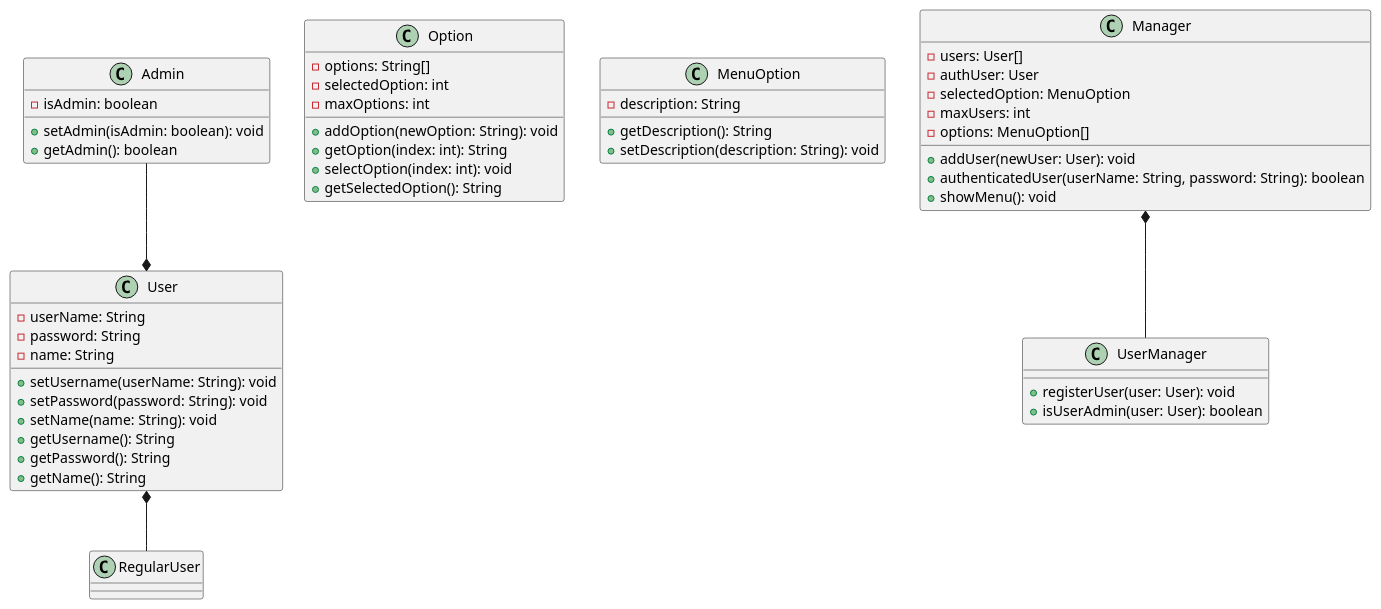
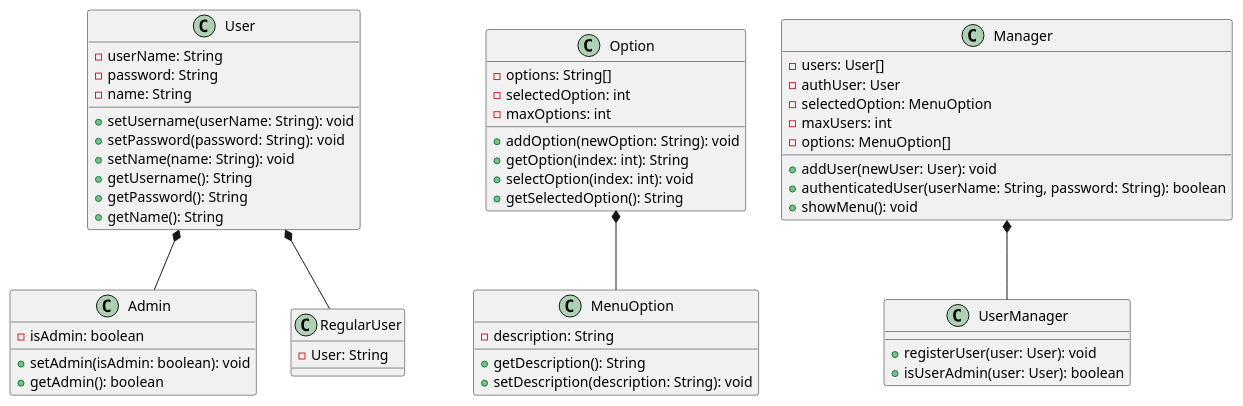
One commit to mmasias/progra2-22-23 changed the diagram in ejercicios/entregas/jorgeQuinonez/EX003Inheritance/docs/EX003Inheritance.puml. Above: the diagram before and after it, drawn with PlantUML. The commit also changed 5 other files, not shown here.

```diff
--- a/ejercicios/entregas/jorgeQuinonez/EX003Inheritance/docs/EX003Inheritance.puml
+++ b/ejercicios/entregas/jorgeQuinonez/EX003Inheritance/docs/EX003Inheritance.puml
@@ -1,51 +1,54 @@
 @startuml
 class User{
     - userName: String
     - password: String
     - name: String
     + setUsername(userName: String): void
     + setPassword(password: String): void
     + setName(name: String): void
     + getUsername(): String
     + getPassword(): String
     + getName(): String
 }
 class Admin{
     - isAdmin: boolean
     + setAdmin(isAdmin: boolean): void
     + getAdmin(): boolean
 }
-class RegularUser{}
+class RegularUser{
+    - User: String
+}
 class Option{
     - options: String[]
     - selectedOption: int
     - maxOptions: int
     + addOption(newOption: String): void
     + getOption(index: int): String
     + selectOption(index: int): void
     + getSelectedOption(): String
 }
 class MenuOption{
     - description: String
     + getDescription(): String
     + setDescription(description: String): void
 }
 class Manager{
     - users: User[]
     - authUser: User
     - selectedOption: MenuOption
     - maxUsers: int
     - options: MenuOption[]
     + addUser(newUser: User): void
     + authenticatedUser(userName: String, password: String): boolean
     + showMenu(): void
 }
 class UserManager{
     + registerUser(user: User): void
     + isUserAdmin(user: User): boolean
 }
 
 User *-- RegularUser
+User *-- Admin
 Manager *-- UserManager
-Admin --* User
+Option *-- MenuOption
 @enduml
```
